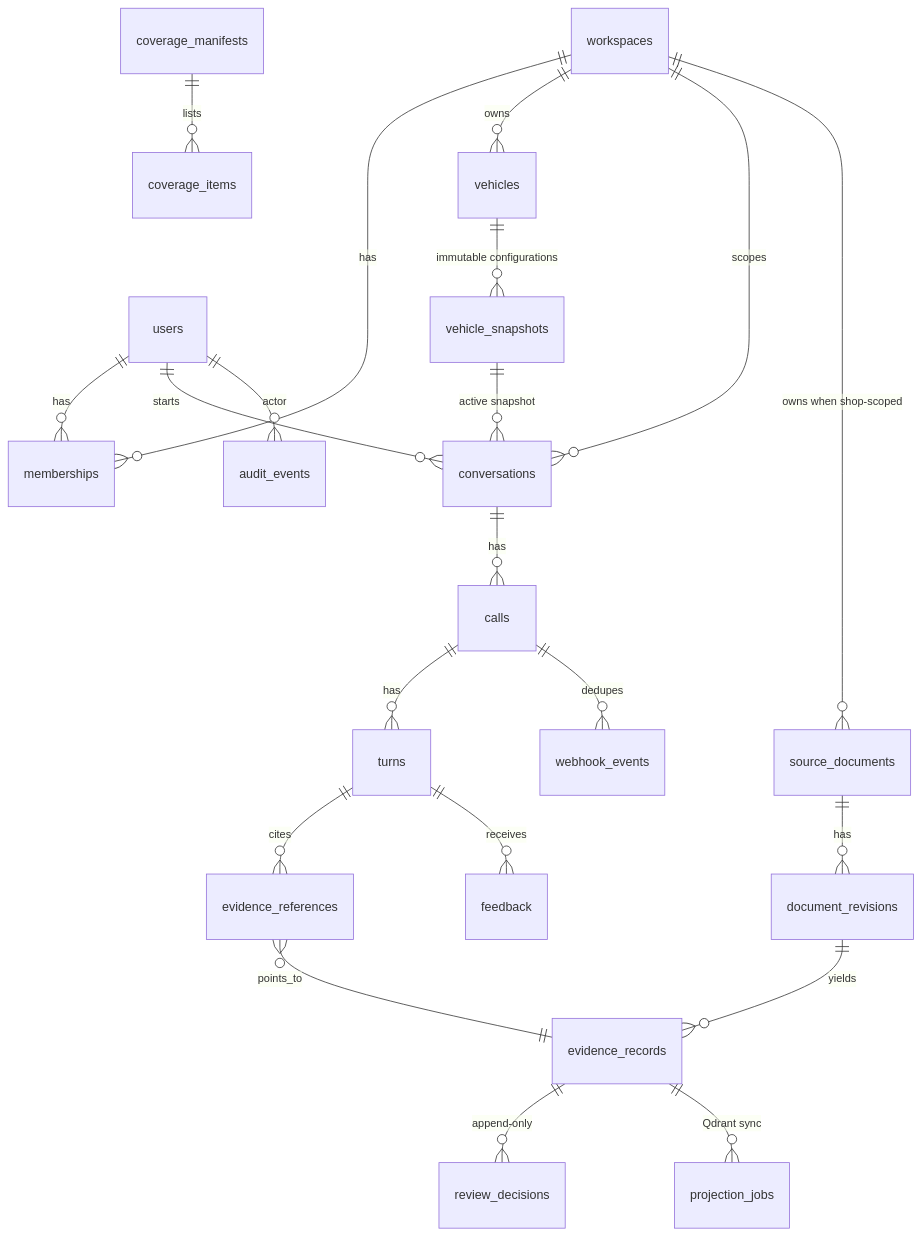
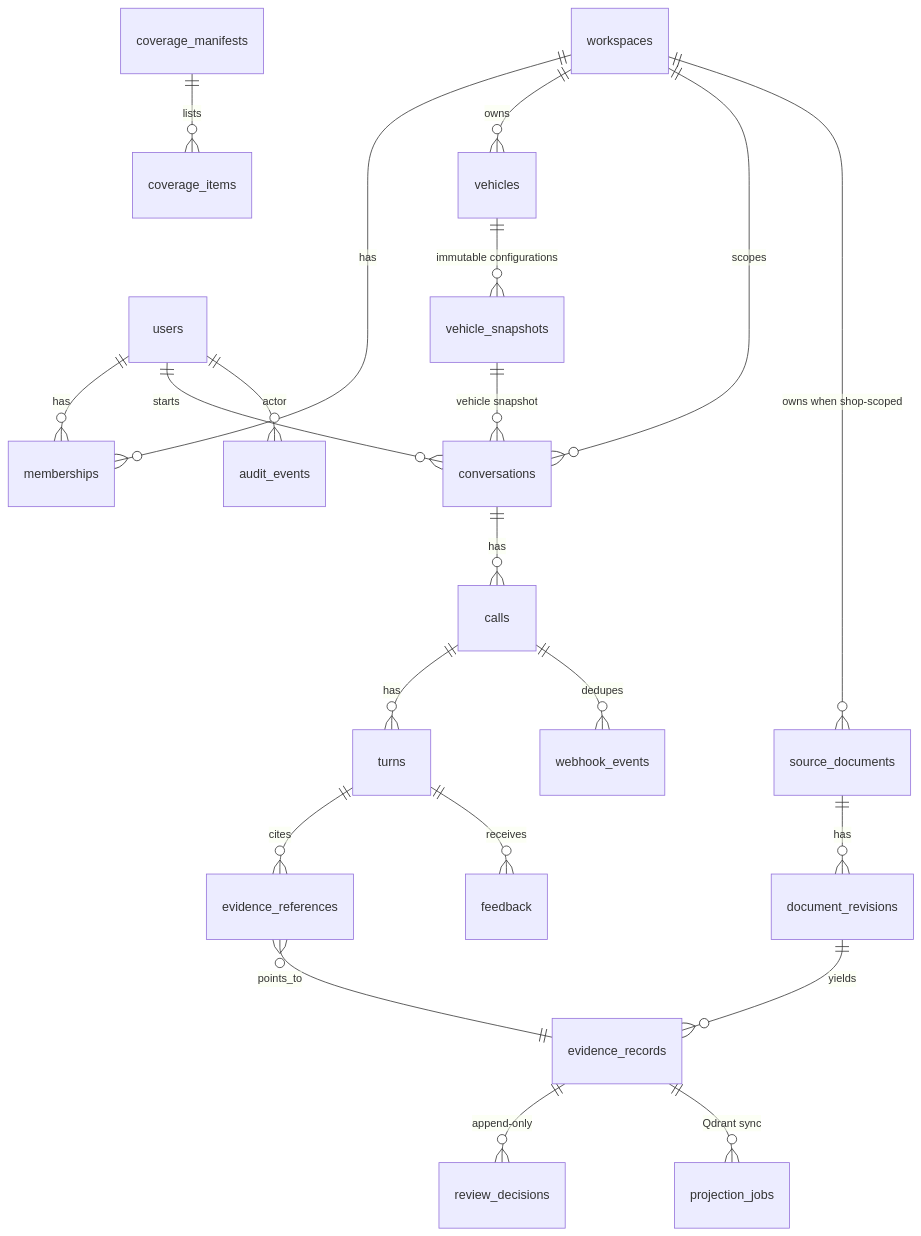
Before and after one commit to raghavsaravanan/CARVIS: the diagram in docs/architecture/03-data-model.md, drawn with Mermaid. The commit also changed other lines of this file and 8 other files, not shown here.

````diff
--- a/docs/architecture/03-data-model.md
+++ b/docs/architecture/03-data-model.md
@@ -9,23 +9,23 @@
 ```mermaid
 erDiagram
   users ||--o{ memberships : has
   workspaces ||--o{ memberships : has
   workspaces ||--o{ vehicles : owns
   vehicles ||--o{ vehicle_snapshots : "immutable configurations"
   workspaces ||--o{ conversations : scopes
   users ||--o{ conversations : starts
-  vehicle_snapshots ||--o{ conversations : "active snapshot"
+  vehicle_snapshots ||--o{ conversations : "vehicle snapshot"
   conversations ||--o{ calls : has
   calls ||--o{ turns : has
   turns ||--o{ evidence_references : cites
   turns ||--o{ feedback : receives
   source_documents ||--o{ document_revisions : has
   document_revisions ||--o{ evidence_records : yields
   evidence_records ||--o{ review_decisions : "append-only"
   evidence_references }o--|| evidence_records : points_to
   coverage_manifests ||--o{ coverage_items : lists
   workspaces ||--o{ source_documents : "owns when shop-scoped"
   calls ||--o{ webhook_events : dedupes
   users ||--o{ audit_events : actor
   evidence_records ||--o{ projection_jobs : "Qdrant sync"
 ```
````
